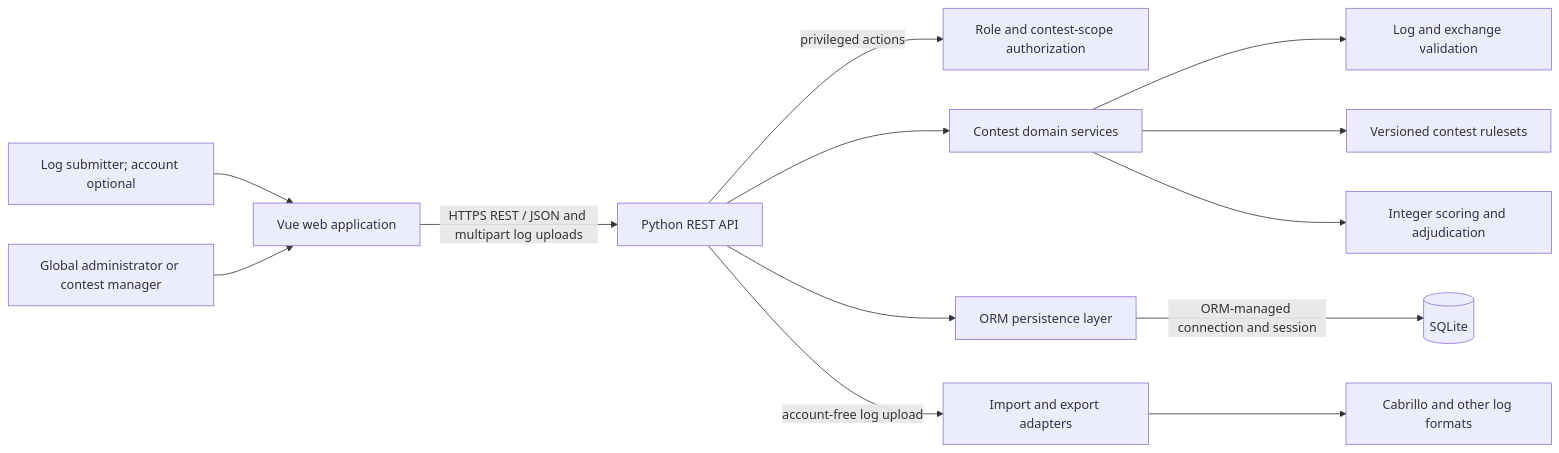
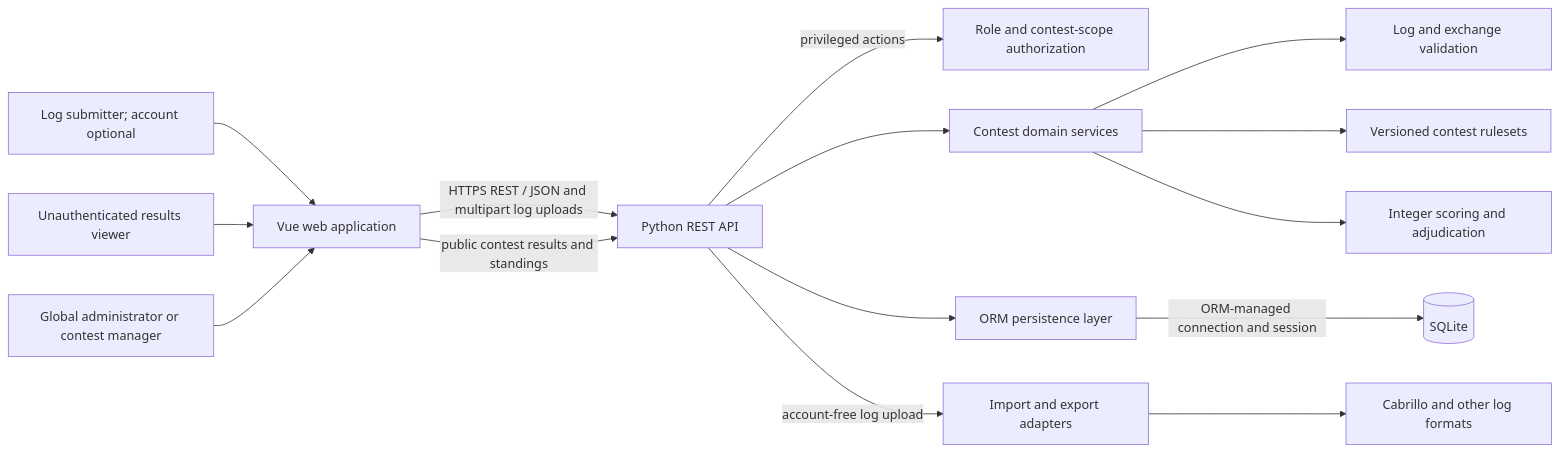
The first of 2 diagrams in documentation/README.md (ea7klk/contestmaster), drawn with Mermaid before and after one commit. The commit also changed other lines of this file, not shown here.

Commit message:
Document public contest result viewing

````diff
--- a/documentation/README.md
+++ b/documentation/README.md
@@ -48,15 +49,17 @@
 ```mermaid
 flowchart LR
     Participant[Log submitter; account optional] --> Web[Vue web application]
+    Visitor[Unauthenticated results viewer] --> Web
     PrivilegedUser[Global administrator or contest manager] --> Web
     Web -->|HTTPS REST / JSON and multipart log uploads| API[Python REST API]
+    Web -->|public contest results and standings| API
     API -->|privileged actions| Auth[Role and contest-scope authorization]
     API --> Domain[Contest domain services]
     Domain --> Validation[Log and exchange validation]
     Domain --> Rules[Versioned contest rulesets]
     Domain --> Scoring[Integer scoring and adjudication]
     API --> Store[ORM persistence layer]
     Store -->|ORM-managed connection and session| DB[(SQLite)]
     API -->|account-free log upload| Adapters[Import and export adapters]
     Adapters --> Formats[Cabrillo and other log formats]
 ```
````
